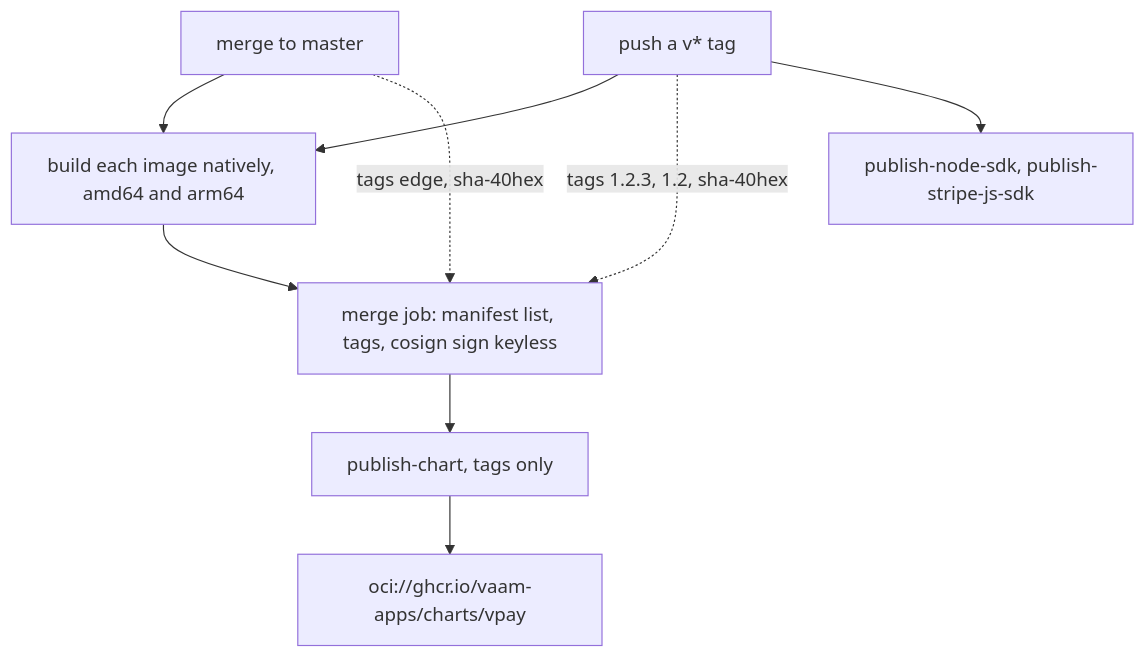
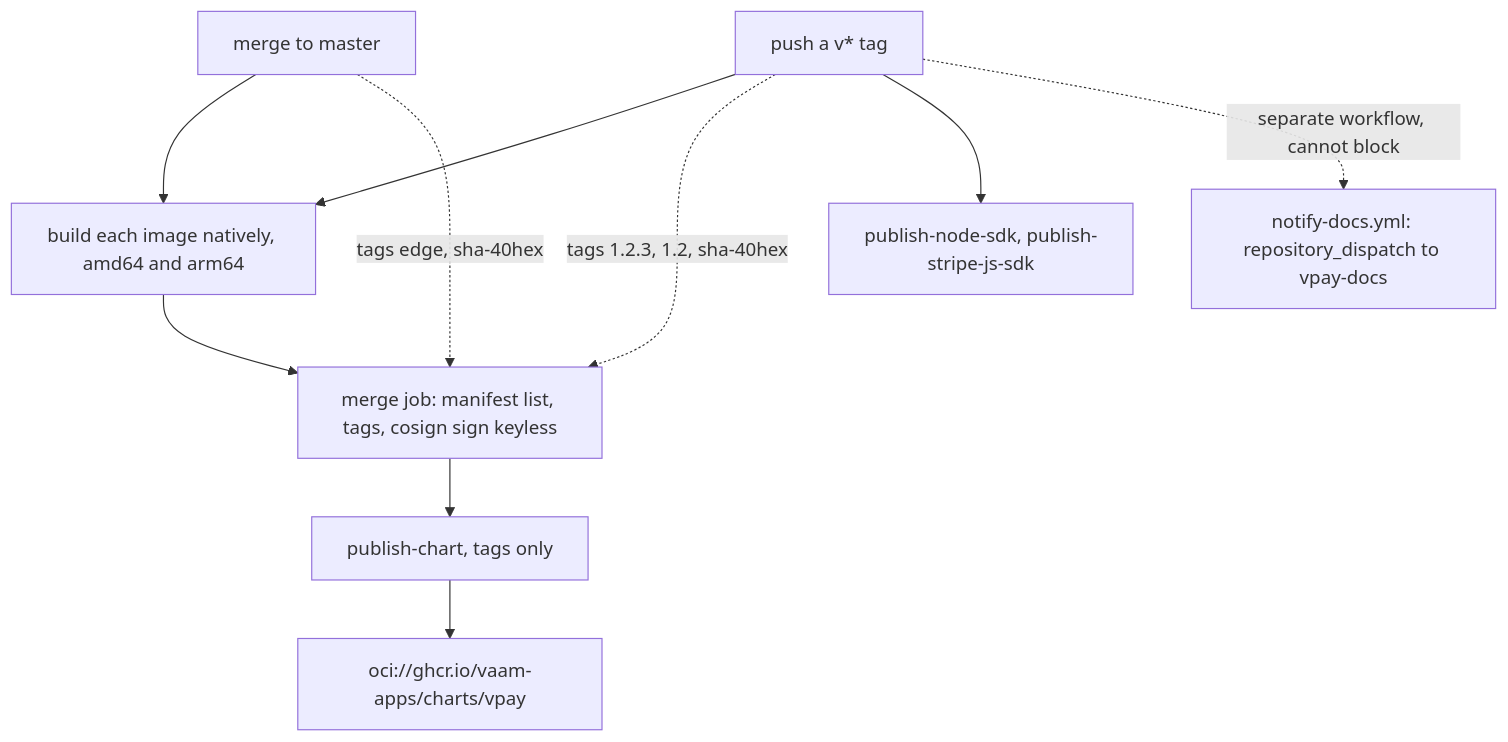
The third of 3 diagrams in docs/operate/deployment.md (vaam-apps/vpay-docs), drawn with Mermaid before and after one commit. The commit also changed other lines of this file and 28 other files, not shown here.

````diff
--- a/docs/operate/deployment.md
+++ b/docs/operate/deployment.md
@@ -197,11 +198,12 @@
 ```mermaid
 flowchart TD
   M["merge to master"] --> B["build each image natively, amd64 and arm64"]
   T["push a v* tag"] --> B
   B --> MG["merge job: manifest list, tags, cosign sign keyless"]
   M -.->|"tags edge, sha-40hex"| MG
   T -.->|"tags 1.2.3, 1.2, sha-40hex"| MG
   MG --> PC["publish-chart, tags only"]
   PC --> OCI["oci://ghcr.io/vaam-apps/charts/vpay"]
   T --> NPM["publish-node-sdk, publish-stripe-js-sdk"]
+  T -.->|"separate workflow, cannot block"| ND["notify-docs.yml: repository_dispatch to vpay-docs"]
 ```
````
